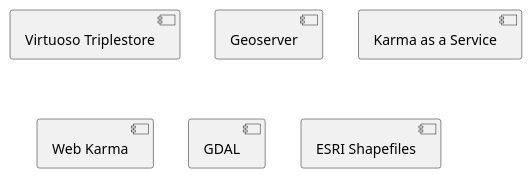
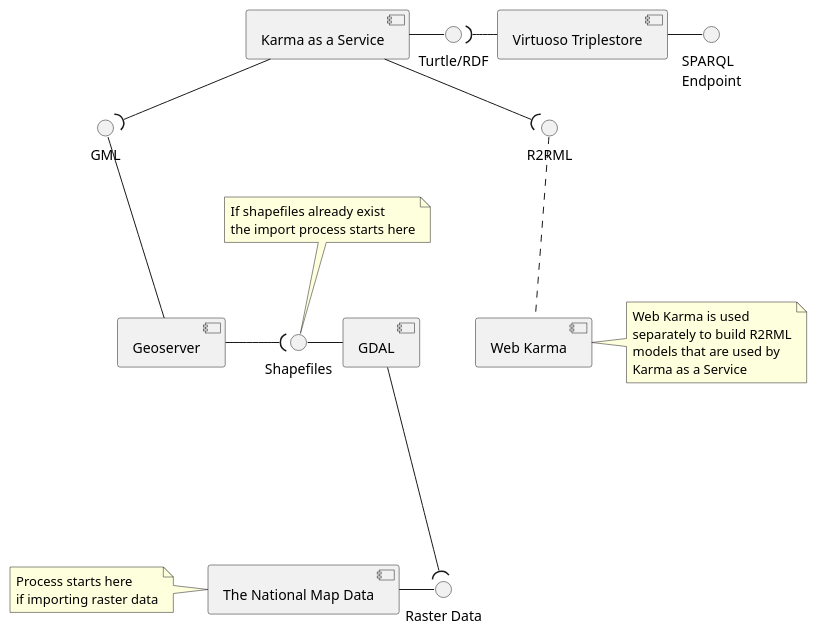
One commit to Jacoscript/mapkb-docker-container changed the diagram in makb-devops/diagrams/Import Process.wsd. Above: the diagram before and after it, drawn with PlantUML.

Commit message:
Created rough draft

```diff
--- a/makb-devops/diagrams/Import Process.wsd
+++ b/makb-devops/diagrams/Import Process.wsd
@@ -1,8 +1,42 @@
 @startuml "MapKB Data Import Process"
+interface "SPARQL\nEndpoint" as sparql
+interface "Raster Data" as raster
+interface GML as gml
+interface R2RML as r2rml
+interface "Turtle/RDF" as rdf
+interface "Shapefiles" as shapefiles
 [Virtuoso Triplestore] as virtuoso
 [Geoserver] as geoserver
 [Karma as a Service] as kaas
 [Web Karma] as wk
 [GDAL] as gdal
-[ESRI Shapefiles] as esri
+[The National Map Data] as tnm
+wk --[hidden]-- kaas
+geoserver --[hidden]-- kaas
+gdal --[hidden]-- tnm
+kaas -( gml
+gml - geoserver
+r2rml . wk
+kaas -( r2rml
+kaas - rdf
+rdf )- virtuoso
+shapefiles - gdal
+geoserver -( shapefiles
+tnm - raster
+raster )- gdal
+virtuoso - sparql
+note right of wk
+    Web Karma is used 
+    separately to build R2RML
+    models that are used by
+    Karma as a Service 
+end note
+note left of tnm
+    Process starts here 
+    if importing raster data
+end note
+note top of shapefiles
+    If shapefiles already exist 
+    the import process starts here
+end note
 @enduml
```
